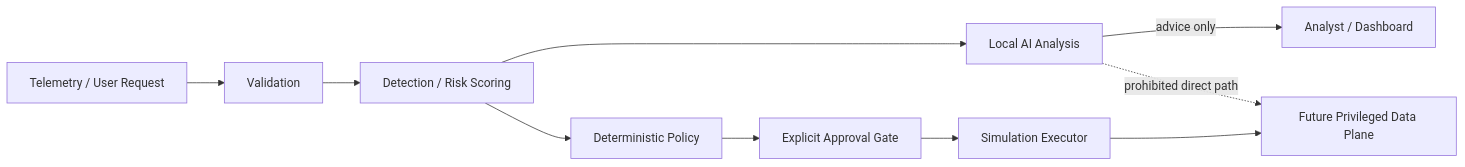
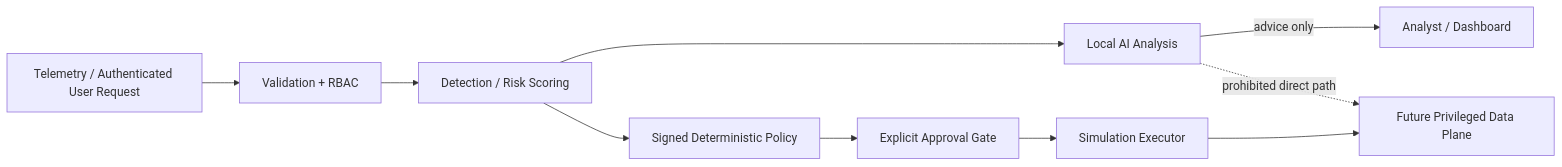
One commit to drewc611/Privashield changed the third of 3 diagrams in README.md. Above: the diagram before and after it, drawn with Mermaid. The commit also changed other lines of this file, not shown here.

````diff
--- a/README.md
+++ b/README.md
@@ -197,12 +228,12 @@
 ```mermaid
 flowchart LR
-    INPUT[Telemetry / User Request] --> VALIDATE[Validation]
+    INPUT[Telemetry / Authenticated User Request] --> VALIDATE[Validation + RBAC]
     VALIDATE --> DETECT[Detection / Risk Scoring]
     DETECT --> AI[Local AI Analysis]
-    DETECT --> POLICY[Deterministic Policy]
+    DETECT --> POLICY[Signed Deterministic Policy]
     AI -->|advice only| ANALYST[Analyst / Dashboard]
     POLICY --> APPROVAL[Explicit Approval Gate]
     APPROVAL --> SIM[Simulation Executor]
     SIM --> FUTURE[Future Privileged Data Plane]
     AI -. prohibited direct path .-> FUTURE
 ```
````
